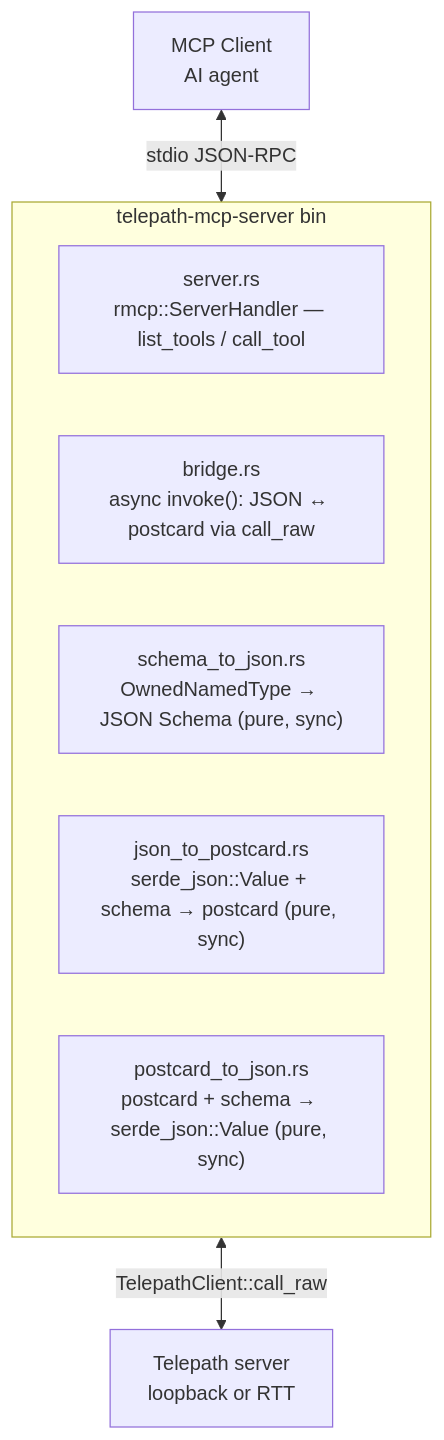
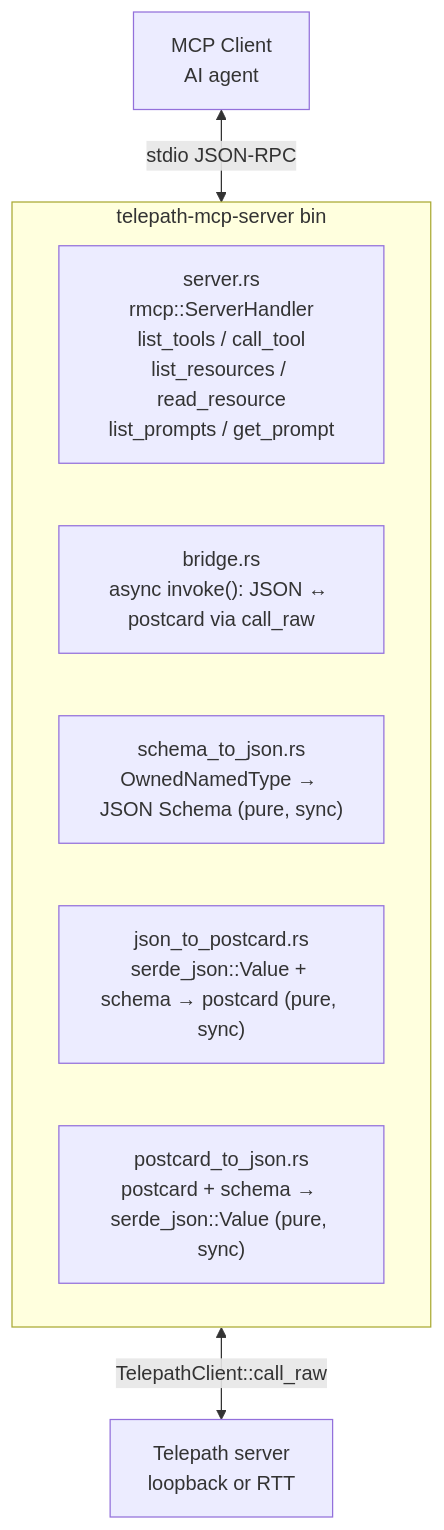
The diagram in docs/mcp-integration.md (tarotene/telepath), drawn with Mermaid before and after one commit. The commit also changed other lines of this file and 3 other files, not shown here.

Commit message:
feat(mcp): expose resources and prompts capabilities (#61)

````diff
--- a/docs/mcp-integration.md
+++ b/docs/mcp-integration.md
@@ -8,15 +8,15 @@
 ```mermaid
 flowchart TB
     MC[MCP Client<br/>AI agent]
     subgraph Bridge["telepath-mcp-server bin"]
-        SRV["server.rs<br/>rmcp::ServerHandler — list_tools / call_tool"]
+        SRV["server.rs<br/>rmcp::ServerHandler<br/>list_tools / call_tool<br/>list_resources / read_resource<br/>list_prompts / get_prompt"]
         BR["bridge.rs<br/>async invoke(): JSON ↔ postcard via call_raw"]
         S2J["schema_to_json.rs<br/>OwnedNamedType → JSON Schema (pure, sync)"]
         J2P["json_to_postcard.rs<br/>serde_json::Value + schema → postcard (pure, sync)"]
         P2J["postcard_to_json.rs<br/>postcard + schema → serde_json::Value (pure, sync)"]
     end
     TS[Telepath server<br/>loopback or RTT]
 
     MC <-->|stdio JSON-RPC| Bridge
     Bridge <-->|TelepathClient::call_raw| TS
 ```
````
